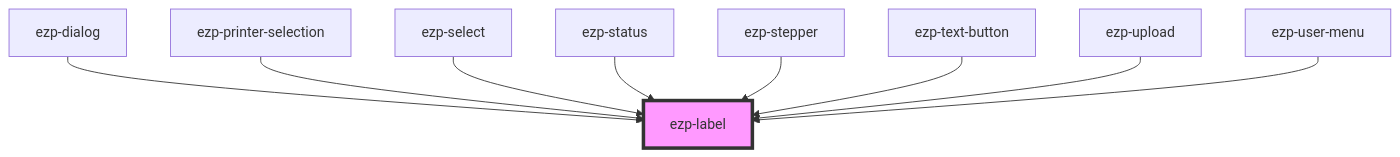
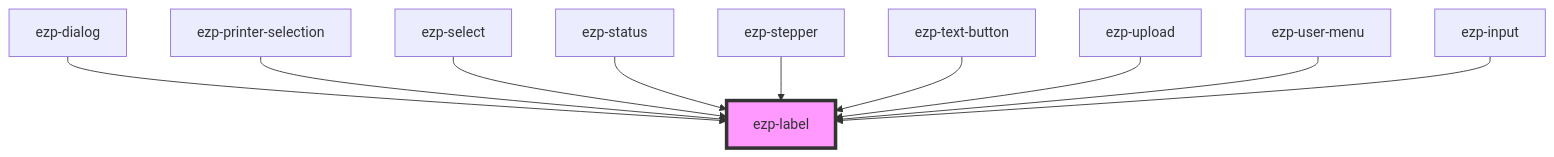
One commit to ezeep/ezeep-js changed the diagram in src/components/ezp-label/readme.md. Above: the diagram before and after it, drawn with Mermaid. The commit also changed other lines of this file and 4 other files, not shown here.

Commit message:
docs updated for ezp-input component

````diff
--- a/src/components/ezp-label/readme.md
+++ b/src/components/ezp-label/readme.md
@@ -30,12 +31,13 @@
 ```mermaid
 graph TD;
   ezp-dialog --> ezp-label
   ezp-printer-selection --> ezp-label
   ezp-select --> ezp-label
   ezp-status --> ezp-label
   ezp-stepper --> ezp-label
   ezp-text-button --> ezp-label
   ezp-upload --> ezp-label
   ezp-user-menu --> ezp-label
+  ezp-input --> ezp-label
   style ezp-label fill:#f9f,stroke:#333,stroke-width:4px
 ```
````
